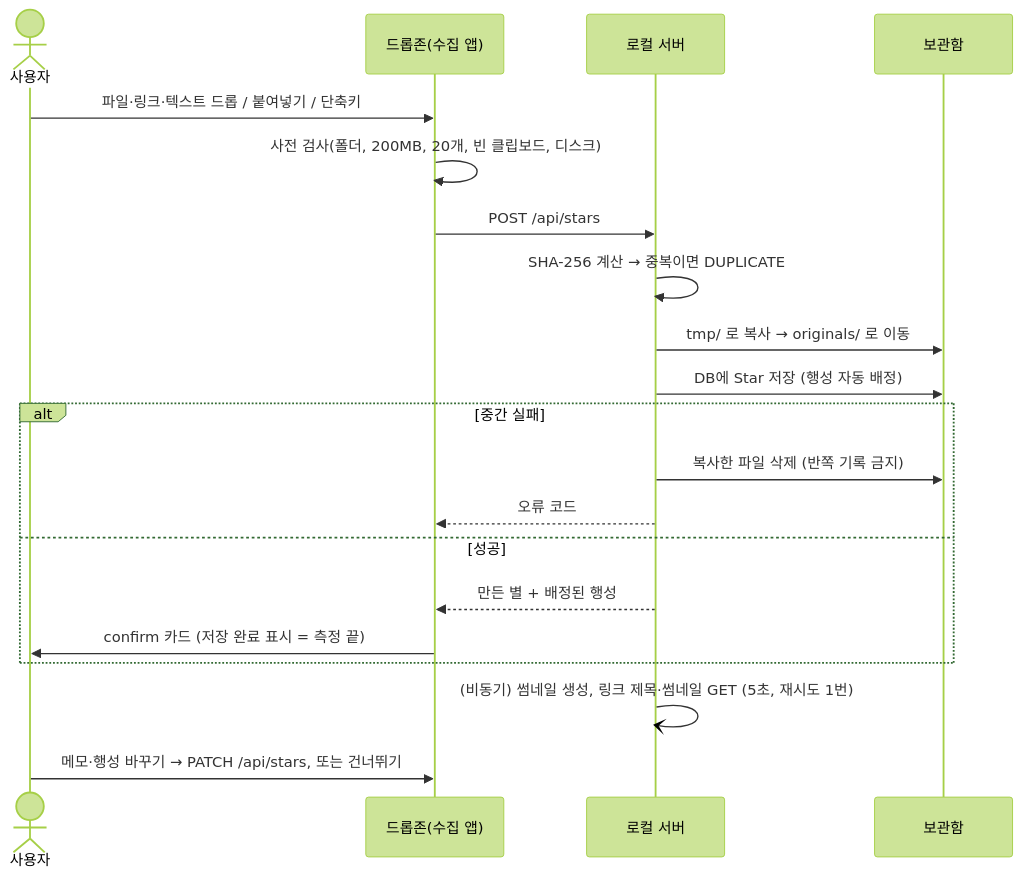
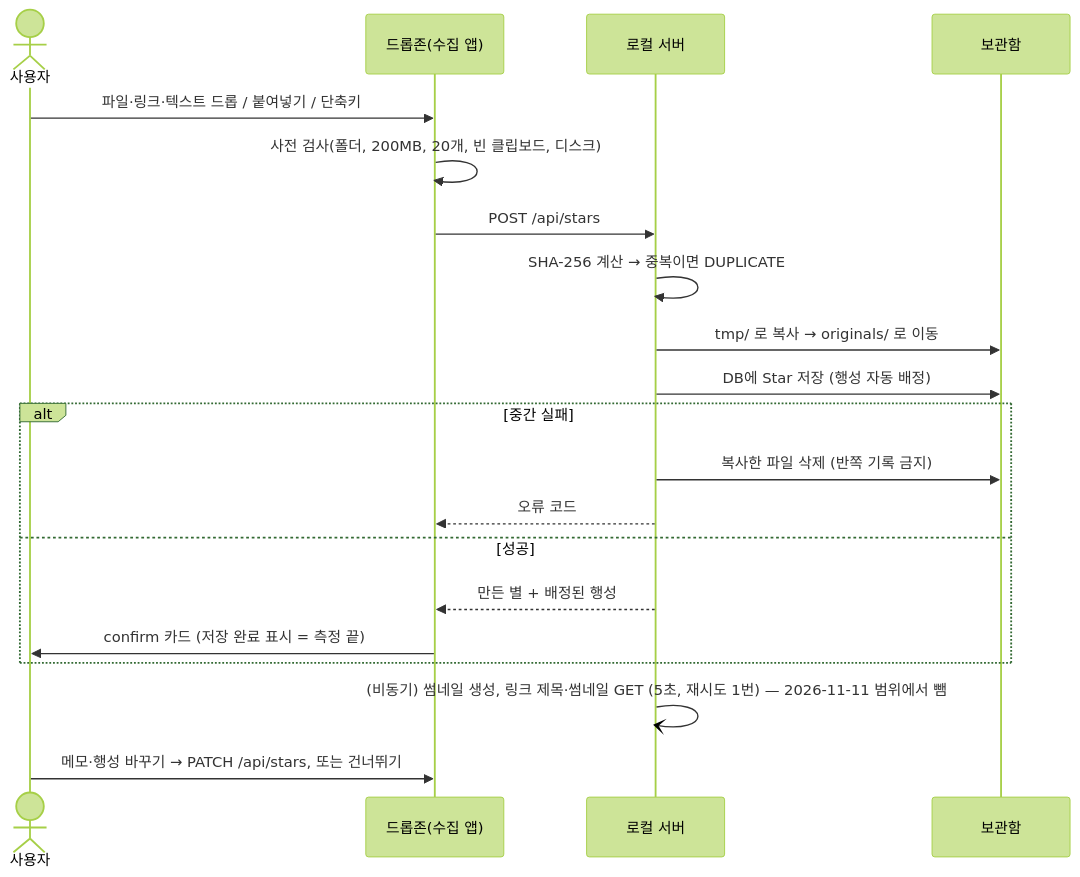
Before and after one commit to delightPIP/teamproject: the second of 2 diagrams in docs/SPEC.md, drawn with Mermaid (forest theme). The commit also changed other lines of this file and 2 other files, not shown here.

Commit message:
docs: 썸네일·링크 제목 가져오기를 이번 범위에서 뺀다 (PO 축소)
마감이 당일이라 PO가 범위를 줄였다 (이슈 #33 코멘트). sharp가
수집 앱 esbuild 번들에서 깨지는 문제도 함께 사라진다.

- PRD 3장 제외 목록에 추가: 썸네일 자리에는 종류 아이콘이 보이고
  SPEC 1-5·DESIGN 6장이 이미 대체 규칙을 정해 둬서 화면이 깨지지 않는다
- PRD 6장 개발 B 범위에서 "썸네일·링크 제목 추출" 취소선
- SPEC 3-2: 비동기 썸네일·링크 메타 단계가 이번 범위 밖임을 명시.
  밖으로 나가는 요청이 없어 POLICY 1-1의 유일한 예외도 이번엔 안 생긴다
- DEMO 1장: 썸네일 자리에 아이콘이 보이는 화면이 나오면
  "썸네일과 링크 제목은 다음 단계입니다"라고 말한다

````diff
--- a/docs/SPEC.md
+++ b/docs/SPEC.md
@@ -385,22 +385,22 @@
 ```mermaid
 sequenceDiagram
     actor U as 사용자
     participant D as 드롭존(수집 앱)
     participant S as 로컬 서버
     participant V as 보관함
     U->>D: 파일·링크·텍스트 드롭 / 붙여넣기 / 단축키
     D->>D: 사전 검사(폴더, 200MB, 20개, 빈 클립보드, 디스크)
     D->>S: POST /api/stars
     S->>S: SHA-256 계산 → 중복이면 DUPLICATE
     S->>V: tmp/ 로 복사 → originals/ 로 이동
     S->>V: DB에 Star 저장 (행성 자동 배정)
     alt 중간 실패
         S->>V: 복사한 파일 삭제 (반쪽 기록 금지)
         S-->>D: 오류 코드
     else 성공
         S-->>D: 만든 별 + 배정된 행성
         D->>U: confirm 카드 (저장 완료 표시 = 측정 끝)
     end
-    S-)S: (비동기) 썸네일 생성, 링크 제목·썸네일 GET (5초, 재시도 1번)
+    S-)S: (비동기) 썸네일 생성, 링크 제목·썸네일 GET (5초, 재시도 1번) — 2026-11-11 범위에서 뺌
     U->>D: 메모·행성 바꾸기 → PATCH /api/stars, 또는 건너뛰기
 ```
````
